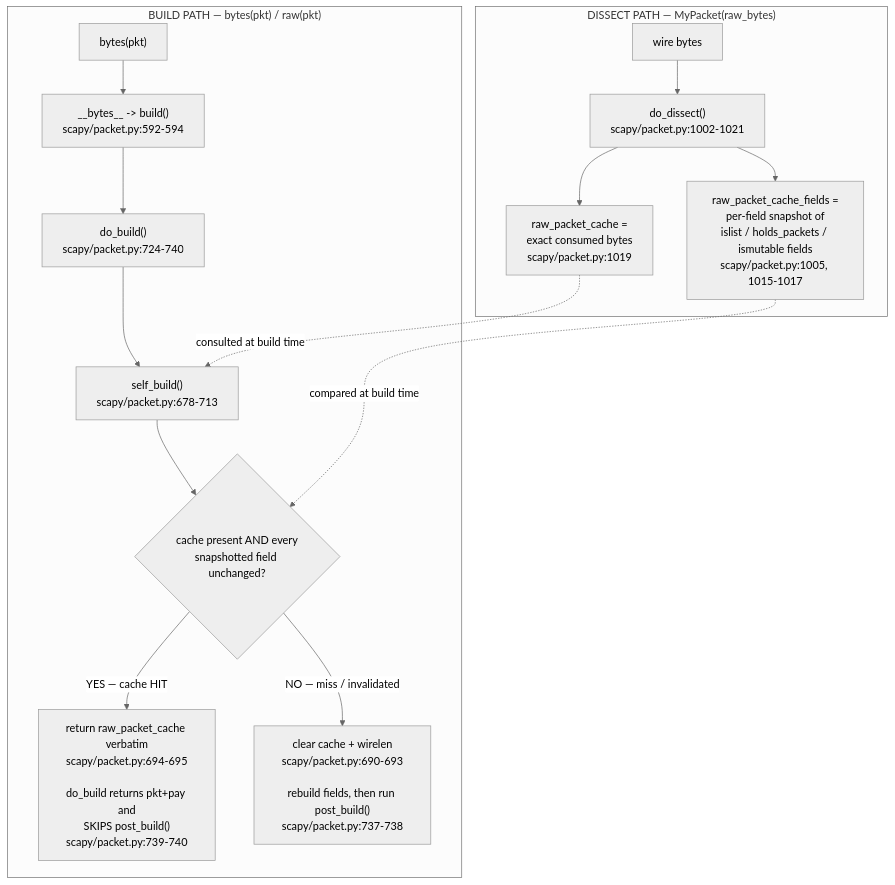
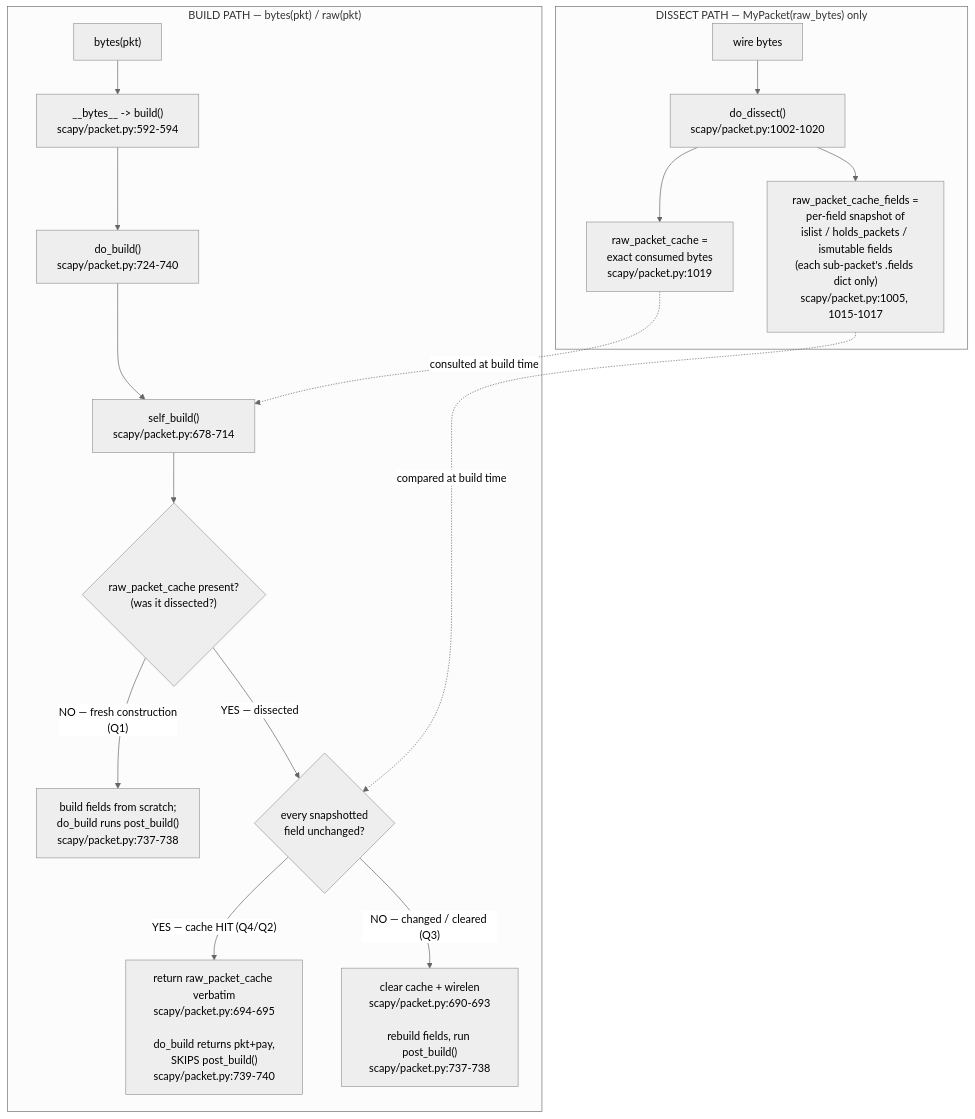
Before and after one commit to blitzy-research/scapy: the diagram in blitzy/documentation/scapy_0925ada48540.md, drawn with Mermaid (neutral theme). The commit also changed other lines of this file, not shown here.

````diff
--- a/blitzy/documentation/scapy_0925ada48540.md
+++ b/blitzy/documentation/scapy_0925ada48540.md
@@ -39,20 +93,22 @@
 ```mermaid
 flowchart TD
-    subgraph DISSECT["DISSECT PATH — MyPacket(raw_bytes)"]
-        W["wire bytes"] --> DD["do_dissect()<br/>scapy/packet.py:1002-1021"]
+    subgraph DISSECT["DISSECT PATH — MyPacket(raw_bytes) only"]
+        W["wire bytes"] --> DD["do_dissect()<br/>scapy/packet.py:1002-1020"]
         DD --> RPC["raw_packet_cache =<br/>exact consumed bytes<br/>scapy/packet.py:1019"]
-        DD --> RPCF["raw_packet_cache_fields =<br/>per-field snapshot of<br/>islist / holds_packets / ismutable fields<br/>scapy/packet.py:1005, 1015-1017"]
+        DD --> RPCF["raw_packet_cache_fields =<br/>per-field snapshot of<br/>islist / holds_packets / ismutable fields<br/>(each sub-packet's .fields dict only)<br/>scapy/packet.py:1005, 1015-1017"]
     end
 
     subgraph BUILD["BUILD PATH — bytes(pkt) / raw(pkt)"]
         B["bytes(pkt)"] --> BB["__bytes__ -> build()<br/>scapy/packet.py:592-594"]
         BB --> DB["do_build()<br/>scapy/packet.py:724-740"]
-        DB --> SB["self_build()<br/>scapy/packet.py:678-713"]
-        SB --> Q{"cache present AND every<br/>snapshotted field unchanged?"}
-        Q -- "YES — cache HIT" --> HIT["return raw_packet_cache verbatim<br/>scapy/packet.py:694-695<br/><br/>do_build returns pkt+pay and<br/>SKIPS post_build()<br/>scapy/packet.py:739-740"]
-        Q -- "NO — miss / invalidated" --> MISS["clear cache + wirelen<br/>scapy/packet.py:690-693<br/><br/>rebuild fields, then run post_build()<br/>scapy/packet.py:737-738"]
+        DB --> SB["self_build()<br/>scapy/packet.py:678-714"]
+        SB --> Q0{"raw_packet_cache present?<br/>(was it dissected?)"}
+        Q0 -- "NO — fresh construction<br/>(Q1)" --> NOC["build fields from scratch;<br/>do_build runs post_build()<br/>scapy/packet.py:737-738"]
+        Q0 -- "YES — dissected" --> Q1c{"every snapshotted<br/>field unchanged?"}
+        Q1c -- "YES — cache HIT (Q4/Q2)" --> HIT["return raw_packet_cache verbatim<br/>scapy/packet.py:694-695<br/><br/>do_build returns pkt+pay,<br/>SKIPS post_build()<br/>scapy/packet.py:739-740"]
+        Q1c -- "NO — changed / cleared (Q3)" --> MISS["clear cache + wirelen<br/>scapy/packet.py:690-693<br/><br/>rebuild fields, run post_build()<br/>scapy/packet.py:737-738"]
     end
 
     RPC -. "consulted at build time" .-> SB
-    RPCF -. "compared at build time" .-> Q
+    RPCF -. "compared at build time" .-> Q1c
 ```
````
